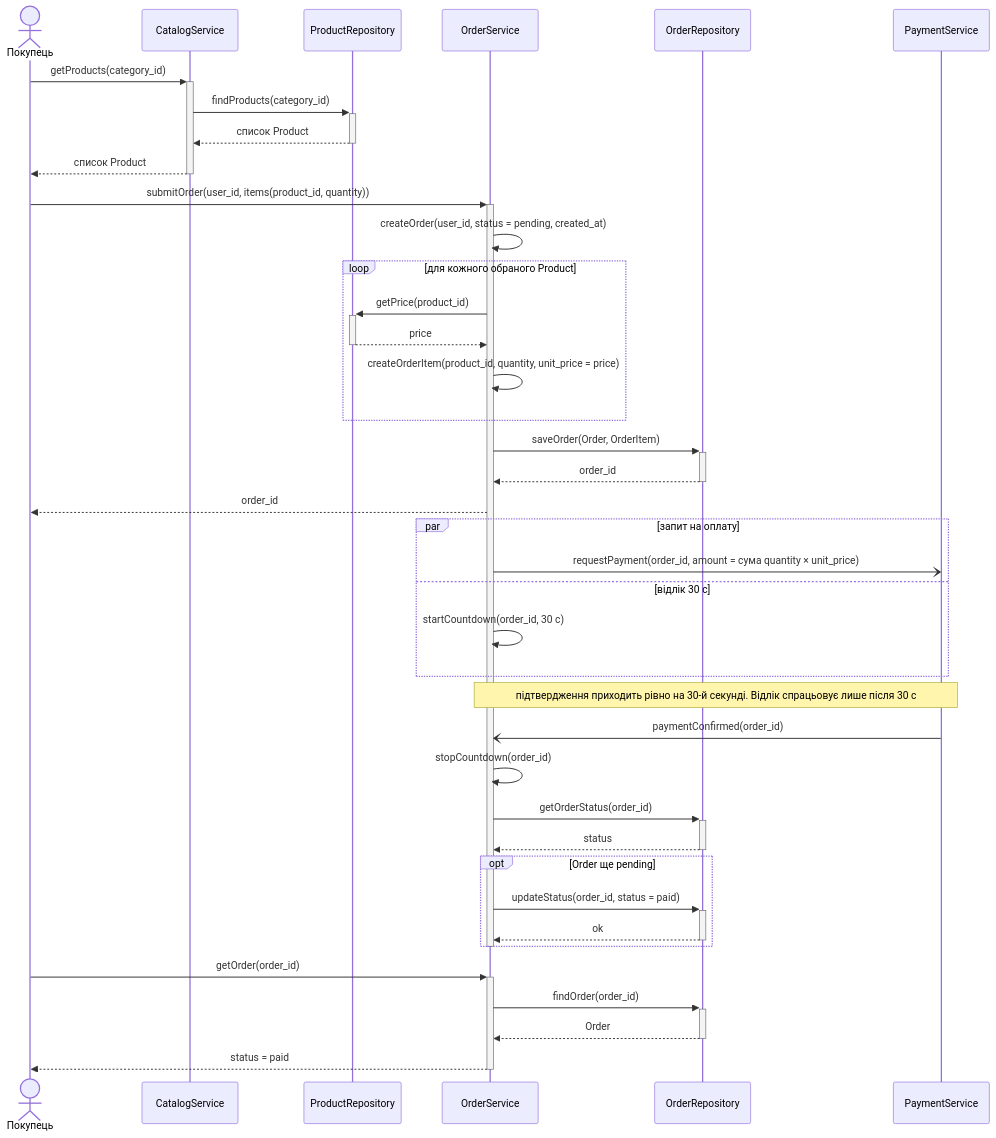
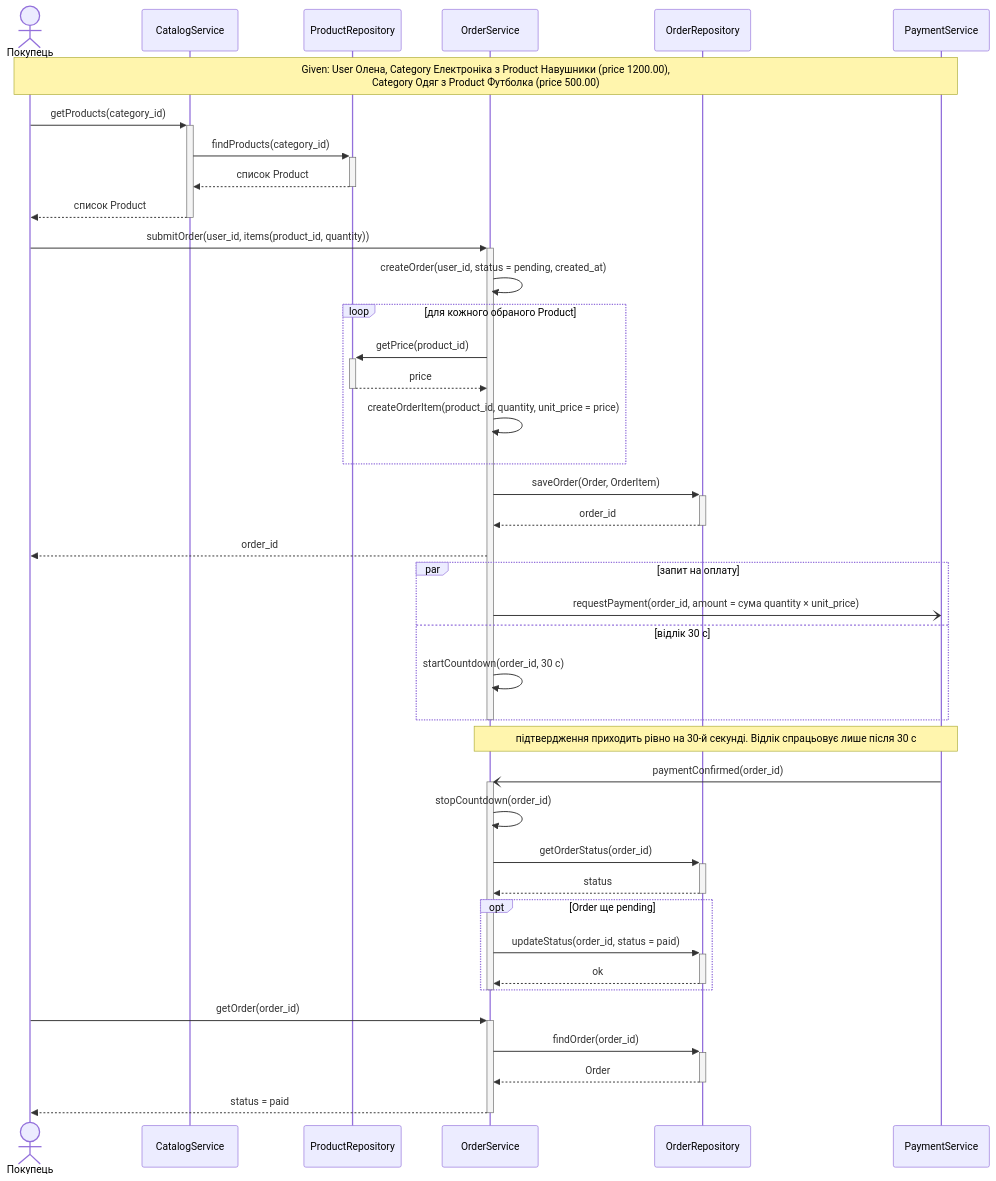
The first of 3 diagrams in lab3/sequence-diagrams.md (linamalina238/kpilab), drawn with Mermaid before and after one commit.

Commit message:
sd: однакові bars у S1–S3, Given у S1

````diff
--- a/lab3/sequence-diagrams.md
+++ b/lab3/sequence-diagrams.md
@@ -5,47 +5,49 @@
 ```mermaid
 sequenceDiagram
     actor B as Покупець
     participant C as CatalogService
     participant PR as ProductRepository
     participant O as OrderService
     participant OR as OrderRepository
     participant PS as PaymentService
 
+    Note over B,PS: Given: User Олена, Category Електроніка з Product Навушники (price 1200.00),<br/>Category Одяг з Product Футболка (price 500.00)
     B->>+C: getProducts(category_id)
     C->>+PR: findProducts(category_id)
     PR-->>-C: список Product
     C-->>-B: список Product
 
     B->>+O: submitOrder(user_id, items(product_id, quantity))
     O->>O: createOrder(user_id, status = pending, created_at)
     loop для кожного обраного Product
         O->>+PR: getPrice(product_id)
         PR-->>-O: price
         O->>O: createOrderItem(product_id, quantity, unit_price = price)
     end
     O->>+OR: saveOrder(Order, OrderItem)
     OR-->>-O: order_id
     O-->>B: order_id
 
     par запит на оплату
         O-)PS: requestPayment(order_id, amount = сума quantity × unit_price)
     and відлік 30 с
         O->>O: startCountdown(order_id, 30 с)
     end
+    deactivate O
 
     Note over O,PS: підтвердження приходить рівно на 30-й секунді. Відлік спрацьовує лише після 30 с
-    PS-)O: paymentConfirmed(order_id)
+    PS-)+O: paymentConfirmed(order_id)
     O->>O: stopCountdown(order_id)
     O->>+OR: getOrderStatus(order_id)
     OR-->>-O: status
     opt Order ще pending
         O->>+OR: updateStatus(order_id, status = paid)
         OR-->>-O: ok
     end
     deactivate O
 
     B->>+O: getOrder(order_id)
     O->>+OR: findOrder(order_id)
     OR-->>-O: Order
     O-->>-B: status = paid
 ```
````
